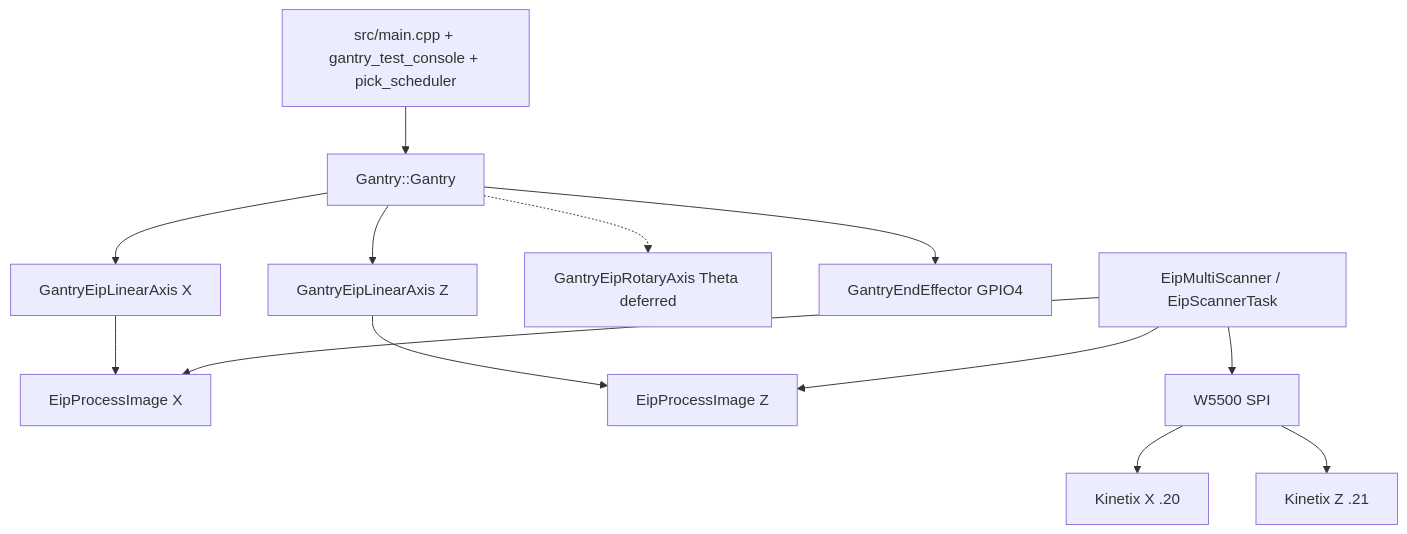
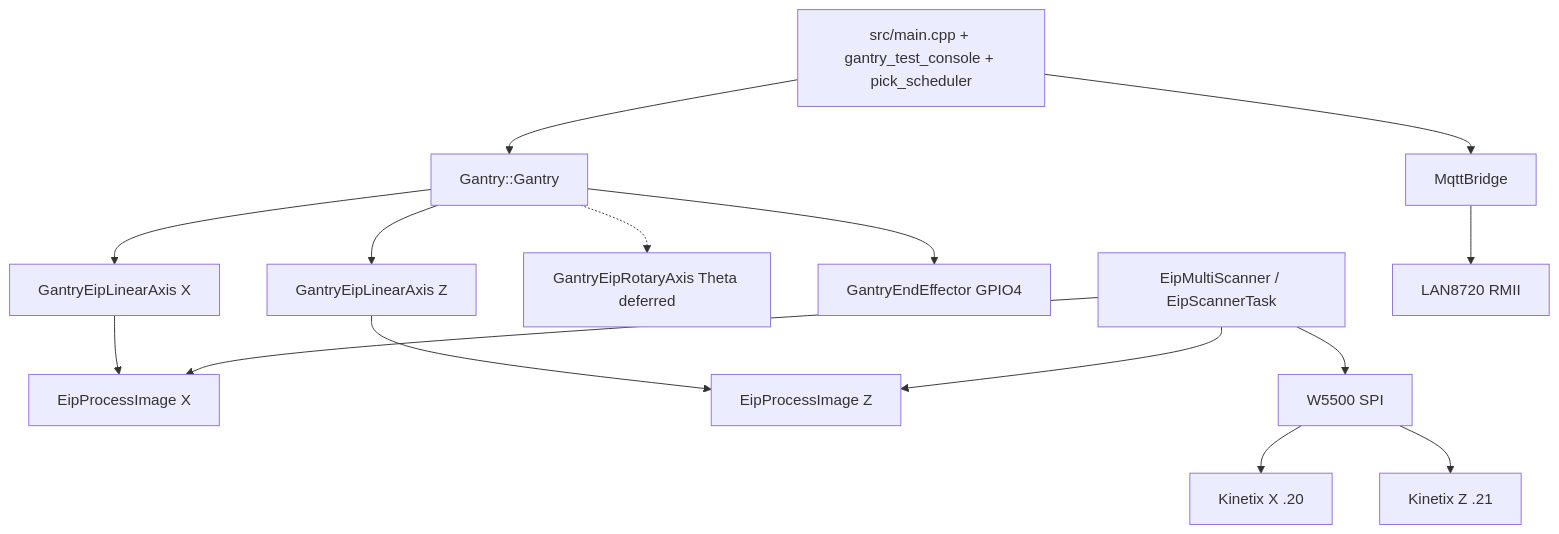
One commit to Mynderse-Research-Lab/wt32-eth01-FreeRTOS changed the first of 2 diagrams in docs/LOW_LEVEL_GANTRY_CONTROL.md. Above: the diagram before and after it, drawn with Mermaid. The commit also changed other lines of this file and 1 other file, not shown here.

````diff
--- a/docs/LOW_LEVEL_GANTRY_CONTROL.md
+++ b/docs/LOW_LEVEL_GANTRY_CONTROL.md
@@ -14,28 +20,32 @@
 ```mermaid
 flowchart TD
   App["src/main.cpp + gantry_test_console + pick_scheduler"]
   G["Gantry::Gantry"]
   X["GantryEipLinearAxis X"]
   Z["GantryEipLinearAxis Z"]
   T["GantryEipRotaryAxis Theta deferred"]
   EE["GantryEndEffector GPIO4"]
   ImgX["EipProcessImage X"]
   ImgZ["EipProcessImage Z"]
   Scan["EipMultiScanner / EipScannerTask"]
   W["W5500 SPI"]
   DX["Kinetix X .20"]
   DZ["Kinetix Z .21"]
+  Mqtt["MqttBridge"]
+  Lan["LAN8720 RMII"]
 
   App --> G
+  App --> Mqtt
   G --> X
   G --> Z
   G -.-> T
   G --> EE
   X --> ImgX
   Z --> ImgZ
   Scan --> ImgX
   Scan --> ImgZ
   Scan --> W
   W --> DX
   W --> DZ
+  Mqtt --> Lan
 ```
````
